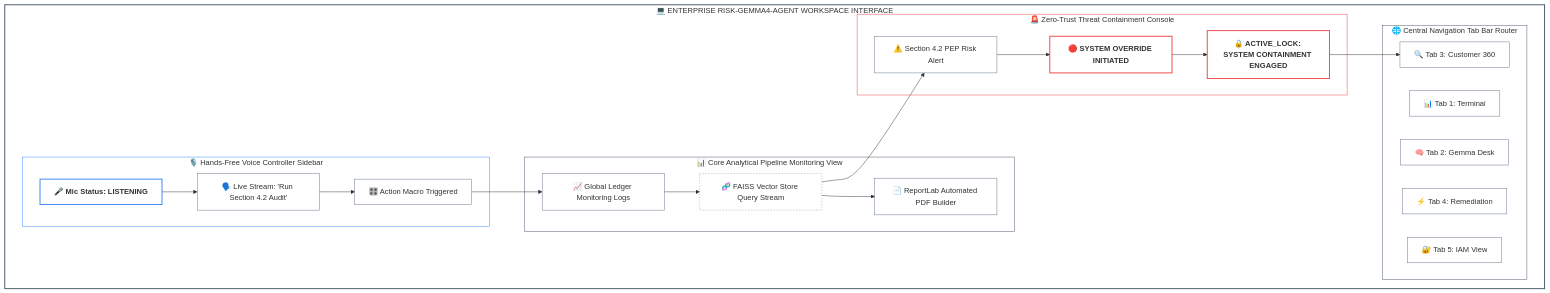
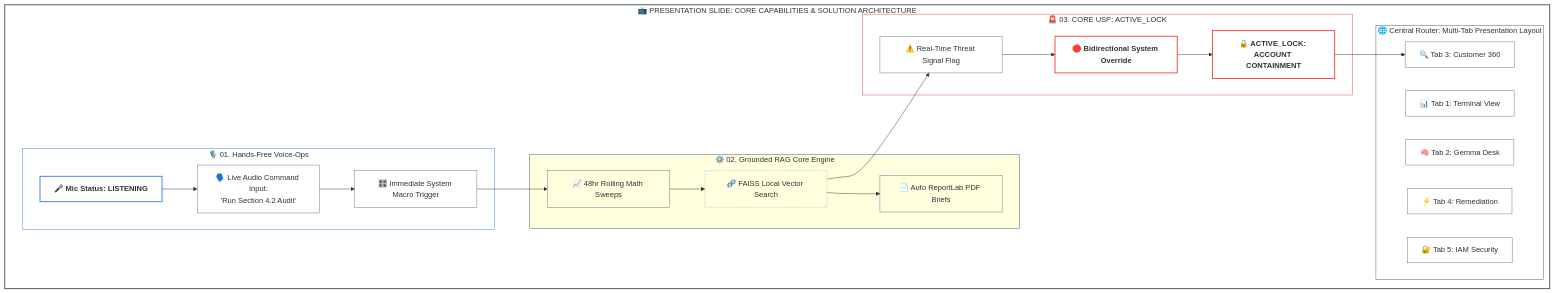
Before and after one commit to SRINIVASTA/global-exchanges-tracker: the diagram in README.md, drawn with Mermaid.

````diff
--- a/README.md
+++ b/README.md
@@ -1,65 +1,65 @@
 ```mermaid
 graph TD
-    %% Main Application Frame Mockup
-    subgraph APP [💻 ENTERPRISE RISK-GEMMA4-AGENT WORKSPACE INTERFACE]
+    %% Main Slide Wrapper Frame
+    subgraph SLIDE [📺 PRESENTATION SLIDE: CORE CAPABILITIES & SOLUTION ARCHITECTURE]
         
-        %% Central Navigation Tabs Mock
-        subgraph NAV [🌐 Central Navigation Tab Bar Router]
-            T1[📊 Tab 1: Terminal]
+        %% Central Top Navigation Tabs Framework
+        subgraph NAV [🌐 Central Router: Multi-Tab Presentation Layout]
+            T1[📊 Tab 1: Terminal View]
             T2[🧠 Tab 2: Gemma Desk]
             T3[🔍 Tab 3: Customer 360]
             T4[⚡ Tab 4: Remediation]
-            T5[🔐 Tab 5: IAM View]
+            T5[🔐 Tab 5: IAM Security]
         end
 
-        %% Left Column: Voice Control Workspace Component
-        subgraph COL1 [🎙️ Hands-Free Voice Controller Sidebar]
+        %% Left Column: Voice Feature Node
+        subgraph COL1 [🎙️ 01. Hands-Free Voice-Ops]
             V1[🎤 Mic Status: LISTENING]
-            V2["🗣️ Live Stream: 'Run Section 4.2 Audit'"]
-            V3[🎛️ Action Macro Triggered]
+            V2["🗣️ Live Audio Command Input:<br>'Run Section 4.2 Audit'"]
+            V3[🎛️ Immediate System Macro Trigger]
             V1 --> V2 --> V3
         end
 
-        %% Center Column: Core Analytics View Component
-        subgraph COL2 [📊 Core Analytical Pipeline Monitoring View]
-            M1[📈 Global Ledger Monitoring Logs]
-            M2[🧬 FAISS Vector Store Query Stream]
-            M3[📄 ReportLab Automated PDF Builder]
+        %% Center Column: Core Analytics Processing Node
+        subgraph COL2 [⚙️ 02. Grounded RAG Core Engine]
+            M1[📈 48hr Rolling Math Sweeps]
+            M2[🧬 FAISS Local Vector Search]
+            M3[📄 Auto ReportLab PDF Briefs]
             M1 --> M2 --> M3
         end
 
-        %% Right Column: Security Isolation Threat Console Component
-        subgraph COL3 [🚨 Zero-Trust Threat Containment Console]
-            A1[⚠️ Section 4.2 PEP Risk Alert]
-            A2[🔴 SYSTEM OVERRIDE INITIATED]
-            A3[🔒 ACTIVE_LOCK: SYSTEM CONTAINMENT ENGAGED]
+        %% Right Column: Core USP Feature Node
+        subgraph COL3 [🚨 03. CORE USP: ACTIVE_LOCK]
+            A1[⚠️ Real-Time Threat Signal Flag]
+            A2[🔴 Bidirectional System Override]
+            A3[🔒 ACTIVE_LOCK: ACCOUNT CONTAINMENT]
             A1 --> A2 --> A3
         end
 
     end
 
-    %% Class Assigning (GitHub strict compilation compliance mapping)
+    %% Class Matrix Mappings (GitHub strict compiler validation routing)
     class T1,T2,T3,T4,T5,V2,V3,M1,M3,A1 widget;
     class V1 voiceActive;
     class A2,A3 alertActive;
     class M2 dataNode;
 
-    %% Global Workspace Styles (GitHub native theme-adaptive colors)
+    %% Global Workspace Styles (Forced stroke blueprints to eradicate black blocks)
     classDef default fill:none,stroke:#475569,stroke-width:2px;
     classDef widget fill:none,stroke:#64748B,stroke-width:1px;
     classDef voiceActive fill:none,stroke:#3B82F6,stroke-width:2px,font-weight:bold;
     classDef alertActive fill:none,stroke:#EF4444,stroke-width:2px,font-weight:bold;
     classDef dataNode fill:none,stroke:#94A3B8,stroke-width:1px,stroke-dasharray: 3 3;
 
-    %% Style Overrides (Stripped fill parameters to destroy black backgrounds)
-    style APP fill:none,stroke:#475569,stroke-width:2px
+    %% Outer Boundary Color Normalization Parameters
+    style SLIDE fill:none,stroke:#475569,stroke-width:2px
     style NAV fill:none,stroke:#475569
     style COL1 fill:none,stroke:#3B82F6,stroke-width:1px
-    style COL2 fill:none,stroke:#475569,stroke-width:1px
+    style COL2 fill:#none,stroke:#475569,stroke-width:1px
     style COL3 fill:none,stroke:#EF4444,stroke-width:1px
 
     %% Inter-widget interface dependencies data routing pathways
     V3 --> M1
     M2 --> A1
     A3 --> T3
 ```
````
